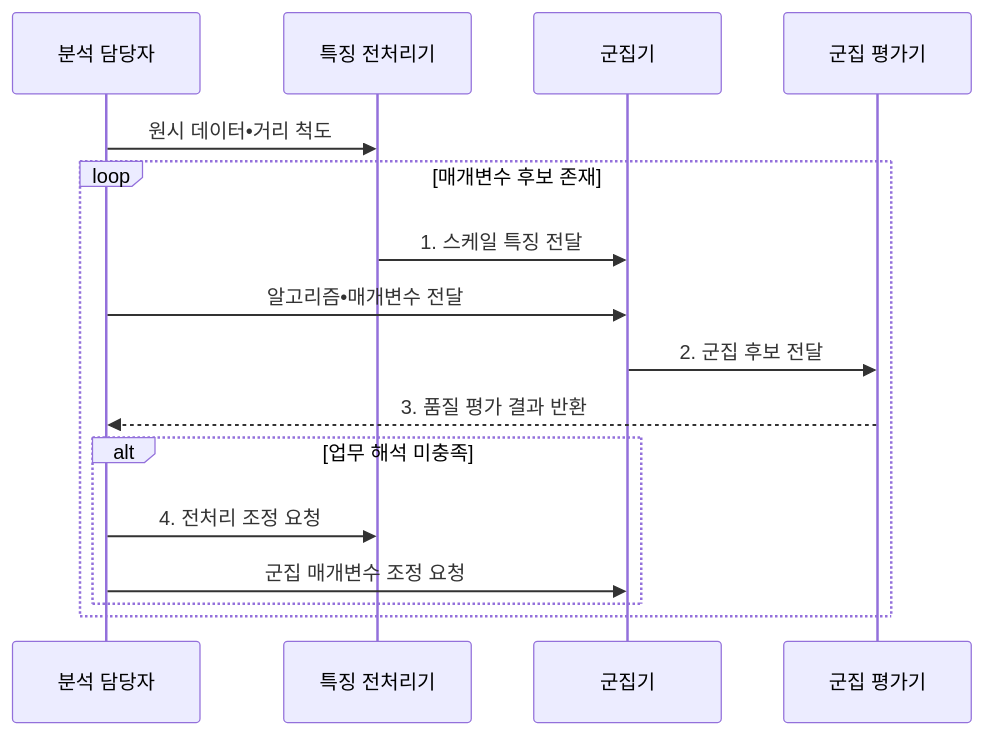
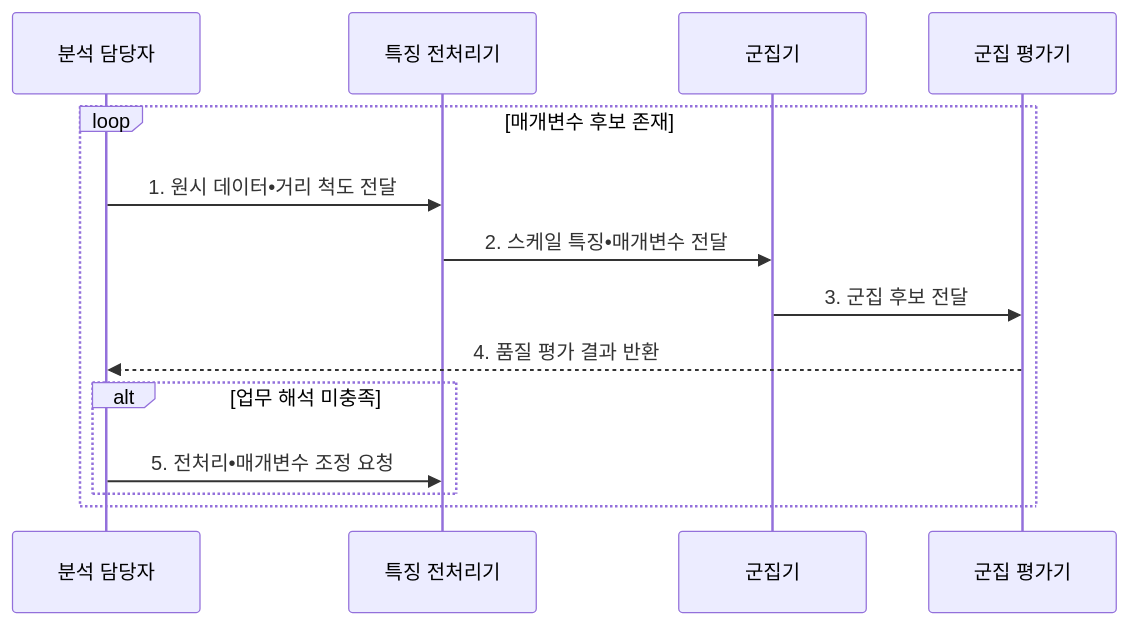
Before and after one commit to agnusdei1207/knowledge-base: the second of 2 diagrams in src/content/docs/notes/01-basic-theory/035_clustering.md, drawn with Mermaid. The commit also changed other lines of this file and 26 other files, not shown here.

````diff
--- a/src/content/docs/notes/01-basic-theory/035_clustering.md
+++ b/src/content/docs/notes/01-basic-theory/035_clustering.md
@@ -86,18 +86,16 @@
 ```mermaid
 sequenceDiagram
     participant A as 분석 담당자
     participant P as 특징 전처리기
     participant C as 군집기
     participant E as 군집 평가기
-    A->>P: 원시 데이터•거리 척도
     loop 매개변수 후보 존재
-        P->>C: 1. 스케일 특징 전달
-        A->>C: 알고리즘•매개변수 전달
-        C->>E: 2. 군집 후보 전달
-        E-->>A: 3. 품질 평가 결과 반환
+        A->>P: 1. 원시 데이터•거리 척도 전달
+        P->>C: 2. 스케일 특징•매개변수 전달
+        C->>E: 3. 군집 후보 전달
+        E-->>A: 4. 품질 평가 결과 반환
         alt 업무 해석 미충족
-            A->>P: 4. 전처리 조정 요청
-            A->>C: 군집 매개변수 조정 요청
+            A->>P: 5. 전처리•매개변수 조정 요청
         end
     end
 ```
````
